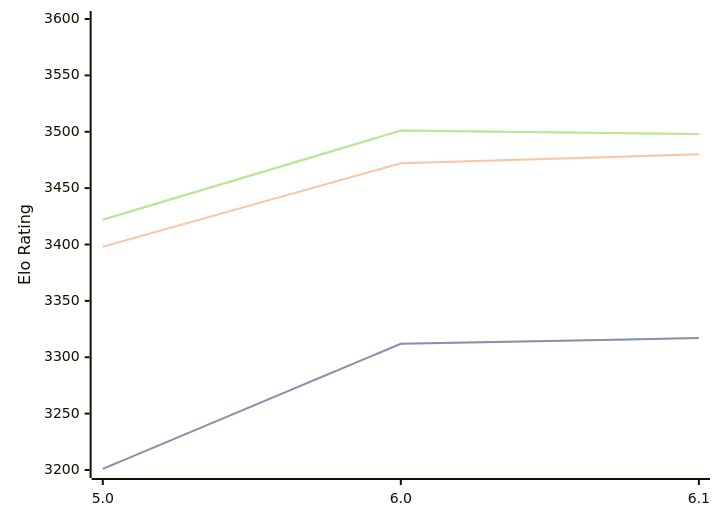
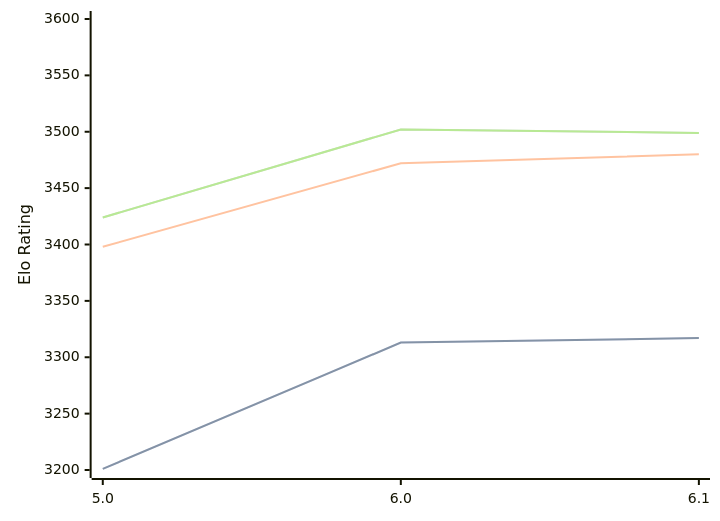
The diagram in engines/Starzix.md (computer-chess-index/cci), drawn with Mermaid before and after one commit. The commit also changed other lines of this file, not shown here.

Commit message:
Update CCI Ratings (ELO VLTC) - 2026-08-05

````diff
--- a/engines/Starzix.md
+++ b/engines/Starzix.md
@@ -37,11 +37,11 @@
 ```mermaid
 %%{init: {"theme":"base","themeVariables":{"seriesColors:['#a3a3a3','#222221','#faa371']}}}%%
 xychart-beta
   x-axis ["5.0", "6.0", "6.1"]
   y-axis "Elo Rating" 3200 --> 3600
-  line "STC (8.0+0.08s)" [3201, 3312, 3317]
-  line "STC (8.0+0.08s)" [3201, 3312, 3317]
+  line "STC (8.0+0.08s)" [3201, 3313, 3317]
+  line "STC (8.0+0.08s)" [3201, 3313, 3317]
   line "LTC (60.0+0.60s)" [3398, 3472, 3480]
-  line "VLTC (2m24s+1.12s)" [3422, 3501, 3498]
-  line "VLTC (2m24s+1.12s)" [3422, 3501, 3498]
+  line "VLTC (2m24s+1.12s)" [3424, 3502, 3499]
+  line "VLTC (2m24s+1.12s)" [3424, 3502, 3499]
 ```
````
